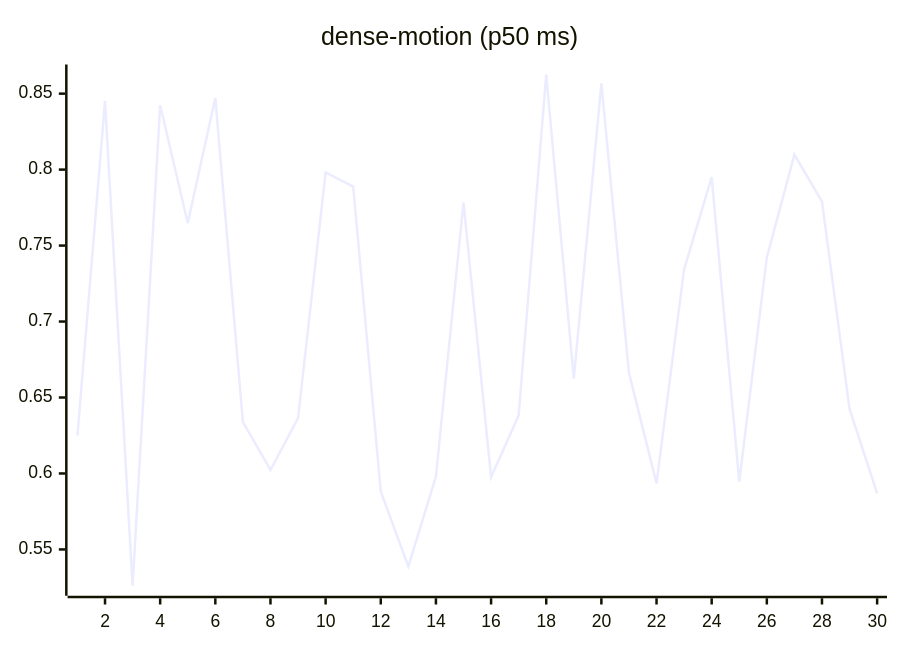
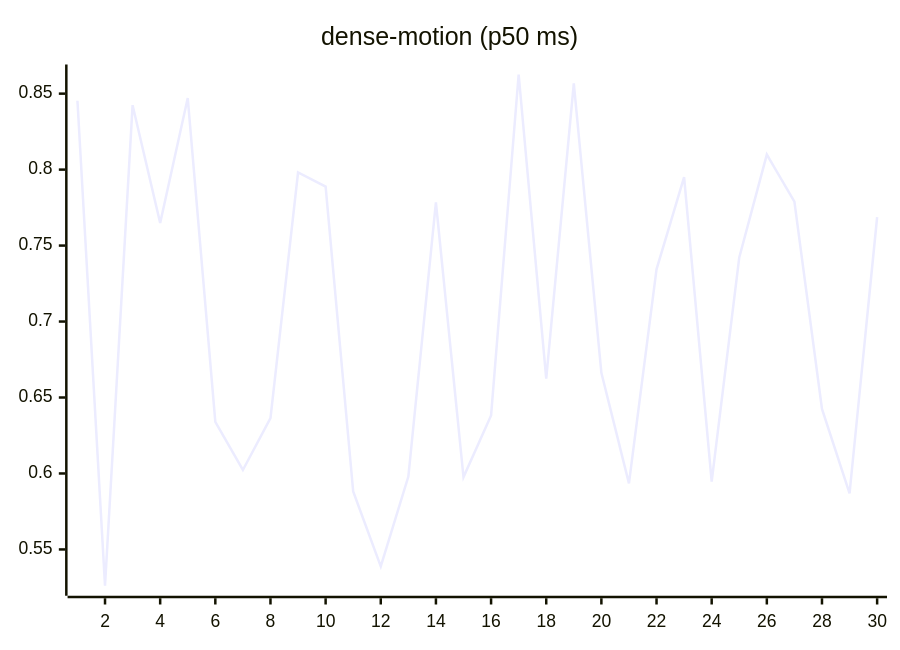
The ninth of 27 diagrams in README.md (josha/Facet), drawn with Mermaid before and after one commit. The commit also changed other lines of this file and 2 other files, not shown here.

````diff
--- a/README.md
+++ b/README.md
@@ -119,6 +119,6 @@
 ```mermaid
 xychart-beta
     title "dense-motion (p50 ms)"
     x-axis 1 --> 30
-    line [0.6249, 0.8453, 0.5261, 0.8424, 0.7649, 0.8471, 0.6340, 0.6023, 0.6364, 0.7981, 0.7888, 0.5881, 0.5388, 0.5980, 0.7785, 0.5976, 0.6382, 0.8626, 0.6624, 0.8567, 0.6662, 0.5935, 0.7344, 0.7951, 0.5946, 0.7422, 0.8099, 0.7789, 0.6425, 0.5869]
+    line [0.8453, 0.5261, 0.8424, 0.7649, 0.8471, 0.6340, 0.6023, 0.6364, 0.7981, 0.7888, 0.5881, 0.5388, 0.5980, 0.7785, 0.5976, 0.6382, 0.8626, 0.6624, 0.8567, 0.6662, 0.5935, 0.7344, 0.7951, 0.5946, 0.7422, 0.8099, 0.7789, 0.6425, 0.5869, 0.7688]
 ```
````
